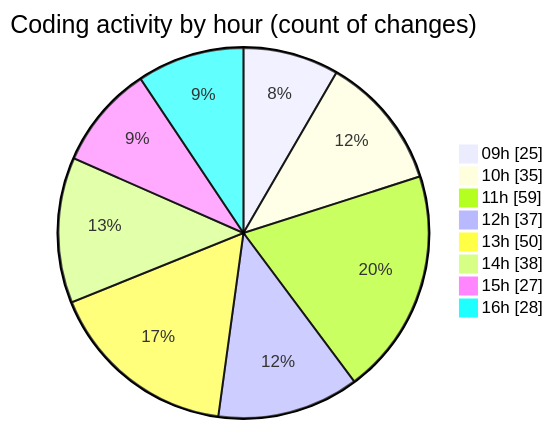
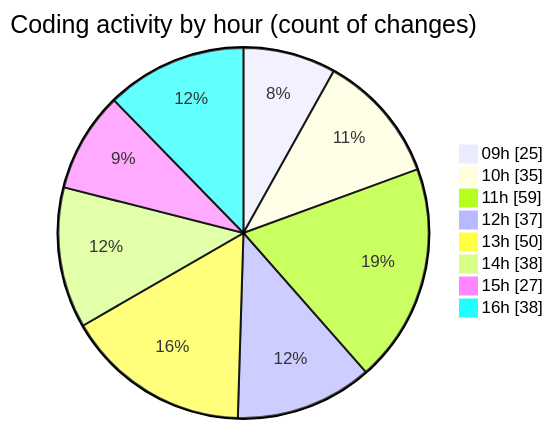
Before and after one commit to momahboobian/code-tracking: the second of 2 diagrams in 2025-08-22/cda/README.md, drawn with Mermaid. The commit also changed other lines of this file and 1 other file, not shown here.

````diff
--- a/2025-08-22/cda/README.md
+++ b/2025-08-22/cda/README.md
@@ -53,12 +53,12 @@
 ```mermaid
 pie showData
 title Coding activity by hour (count of changes)
 "09h" : 25
 "10h" : 35
 "11h" : 59
 "12h" : 37
 "13h" : 50
 "14h" : 38
 "15h" : 27
-"16h" : 28
+"16h" : 38
 ```
````
